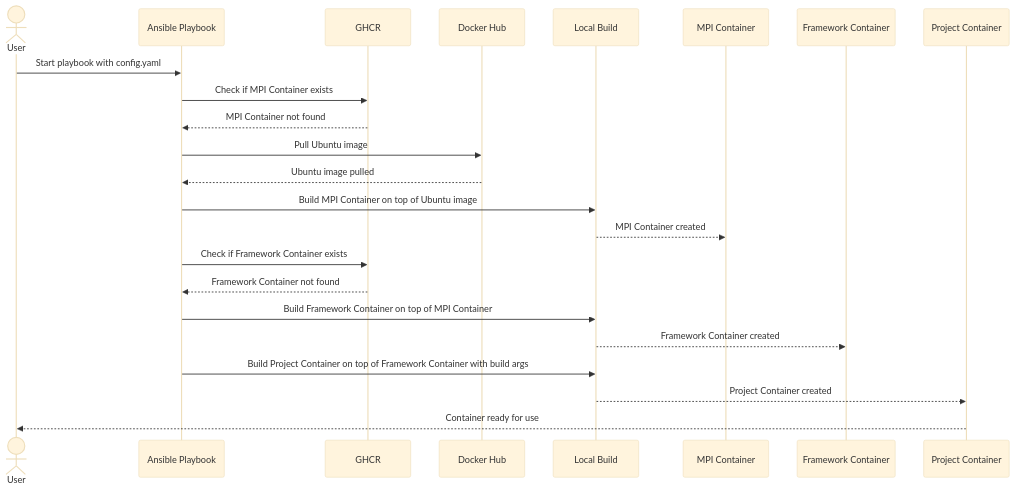
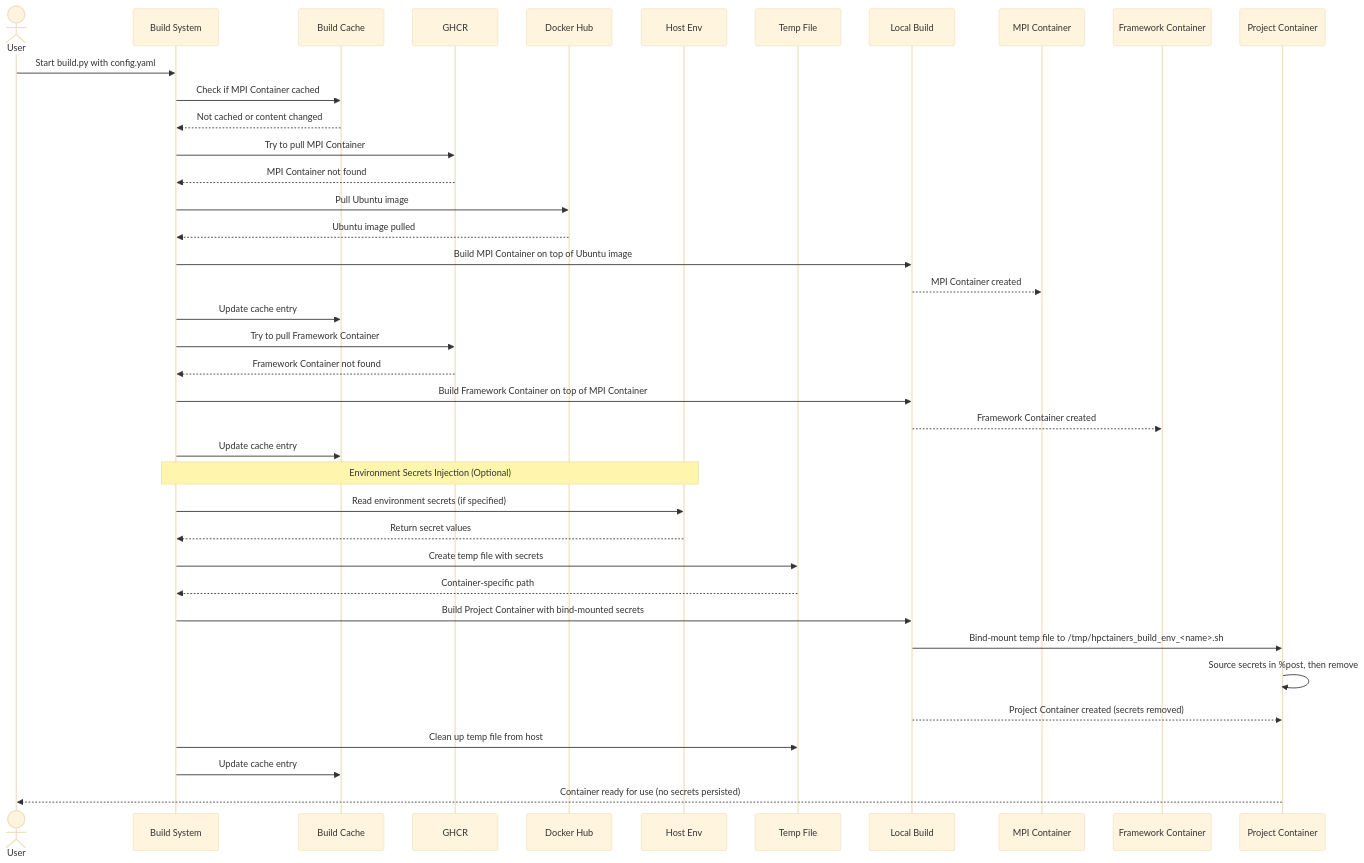
One commit to FoamScience/openfoam-apptainer-packaging changed the diagram in README.md. Above: the diagram before and after it, drawn with Mermaid (base theme). The commit also changed other lines of this file and 50 other files, not shown here.

````diff
--- a/README.md
+++ b/README.md
@@ -73,26 +91,42 @@
 ```mermaid
 sequenceDiagram
   actor User
-  participant Ansible Playbook
+  participant Build System
+  participant Build Cache
   participant GHCR
   participant Docker Hub
+  participant Host Env
+  participant Temp File
   participant Local Build
   participant MPI Container
   participant Framework Container
   participant Project Container
 
-  User->>Ansible Playbook: Start playbook with config.yaml
-  Ansible Playbook->>GHCR: Check if MPI Container exists
-  GHCR-->>Ansible Playbook: MPI Container not found
-  Ansible Playbook->>Docker Hub: Pull Ubuntu image
-  Docker Hub-->>Ansible Playbook: Ubuntu image pulled
-  Ansible Playbook->>Local Build: Build MPI Container on top of Ubuntu image
+  User->>Build System: Start build.py with config.yaml
+  Build System->>Build Cache: Check if MPI Container cached
+  Build Cache-->>Build System: Not cached or content changed
+  Build System->>GHCR: Try to pull MPI Container
+  GHCR-->>Build System: MPI Container not found
+  Build System->>Docker Hub: Pull Ubuntu image
+  Docker Hub-->>Build System: Ubuntu image pulled
+  Build System->>Local Build: Build MPI Container on top of Ubuntu image
   Local Build-->>MPI Container: MPI Container created
-  Ansible Playbook->>GHCR: Check if Framework Container exists
-  GHCR-->>Ansible Playbook: Framework Container not found
-  Ansible Playbook->>Local Build: Build Framework Container on top of MPI Container
+  Build System->>Build Cache: Update cache entry
+  Build System->>GHCR: Try to pull Framework Container
+  GHCR-->>Build System: Framework Container not found
+  Build System->>Local Build: Build Framework Container on top of MPI Container
   Local Build-->>Framework Container: Framework Container created
-  Ansible Playbook->>Local Build: Build Project Container on top of Framework Container with build args
-  Local Build-->>Project Container: Project Container created
-  Project Container-->>User: Container ready for use
+  Build System->>Build Cache: Update cache entry
+  Note over Build System,Host Env: Environment Secrets Injection (Optional)
+  Build System->>Host Env: Read environment secrets (if specified)
+  Host Env-->>Build System: Return secret values
+  Build System->>Temp File: Create temp file with secrets
+  Temp File-->>Build System: Container-specific path
+  Build System->>Local Build: Build Project Container with bind-mounted secrets
+  Local Build->>Project Container: Bind-mount temp file to /tmp/hpctainers_build_env_<name>.sh
+  Project Container->>Project Container: Source secrets in %post, then remove
+  Local Build-->>Project Container: Project Container created (secrets removed)
+  Build System->>Temp File: Clean up temp file from host
+  Build System->>Build Cache: Update cache entry
+  Project Container-->>User: Container ready for use (no secrets persisted)
 ```
````
